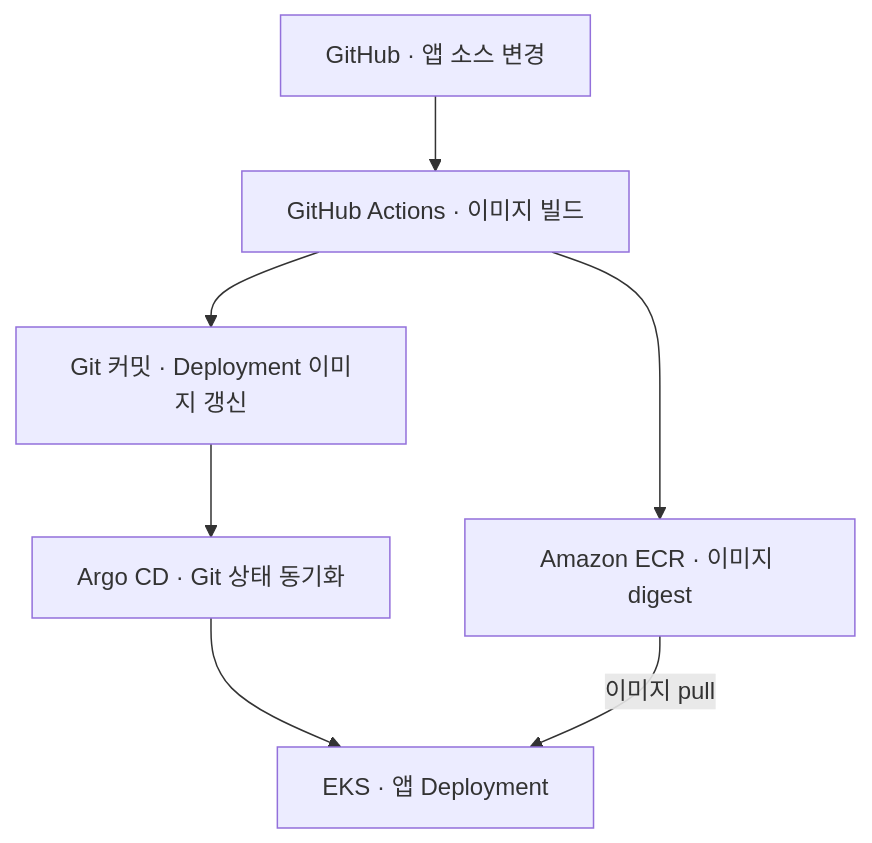
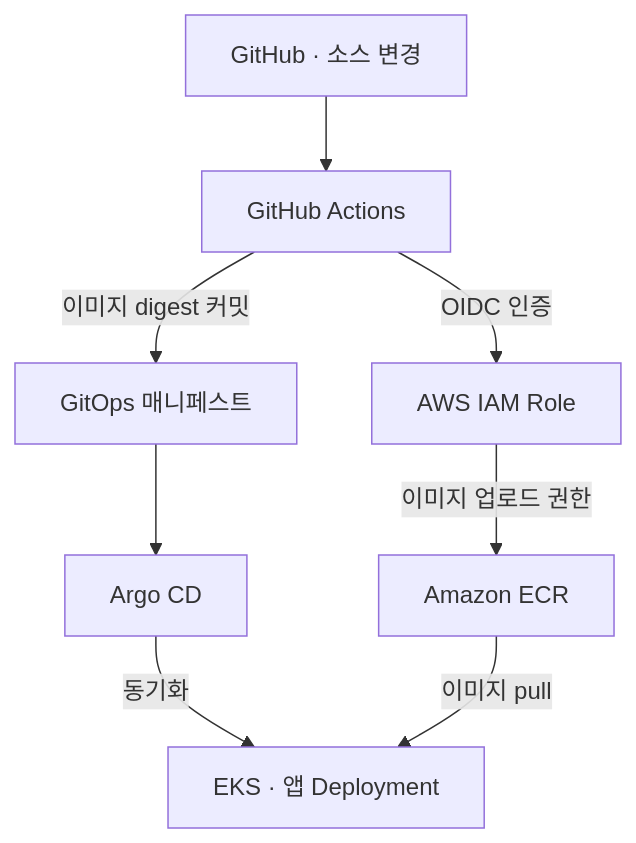
Before and after one commit to httpJun/movie-review-devops: the first of 2 diagrams in README.md, drawn with Mermaid. The commit also changed other lines of this file, not shown here.

Commit message:
docs: focus README on personal DevOps work

````diff
--- a/README.md
+++ b/README.md
@@ -78,9 +39,10 @@
 ```mermaid
 flowchart TD
-    Source["GitHub · 앱 소스 변경"] --> CI["GitHub Actions · 이미지 빌드"]
-    CI --> ECR["Amazon ECR · 이미지 digest"]
-    CI --> Manifest["Git 커밋 · Deployment 이미지 갱신"]
-    Manifest --> Argo["Argo CD · Git 상태 동기화"]
-    Argo --> EKS["EKS · 앱 Deployment"]
-    ECR -->|"이미지 pull"| EKS
+    Source["GitHub · 소스 변경"] --> CI["GitHub Actions"]
+    CI -->|"OIDC 인증"| Role["AWS IAM Role"]
+    Role -->|"이미지 업로드 권한"| ECR["Amazon ECR"]
+    CI -->|"이미지 digest 커밋"| Git["GitOps 매니페스트"]
+    Git --> Argo["Argo CD"]
+    Argo -->|"동기화"| App["EKS · 앱 Deployment"]
+    ECR -->|"이미지 pull"| App
 ```
````
